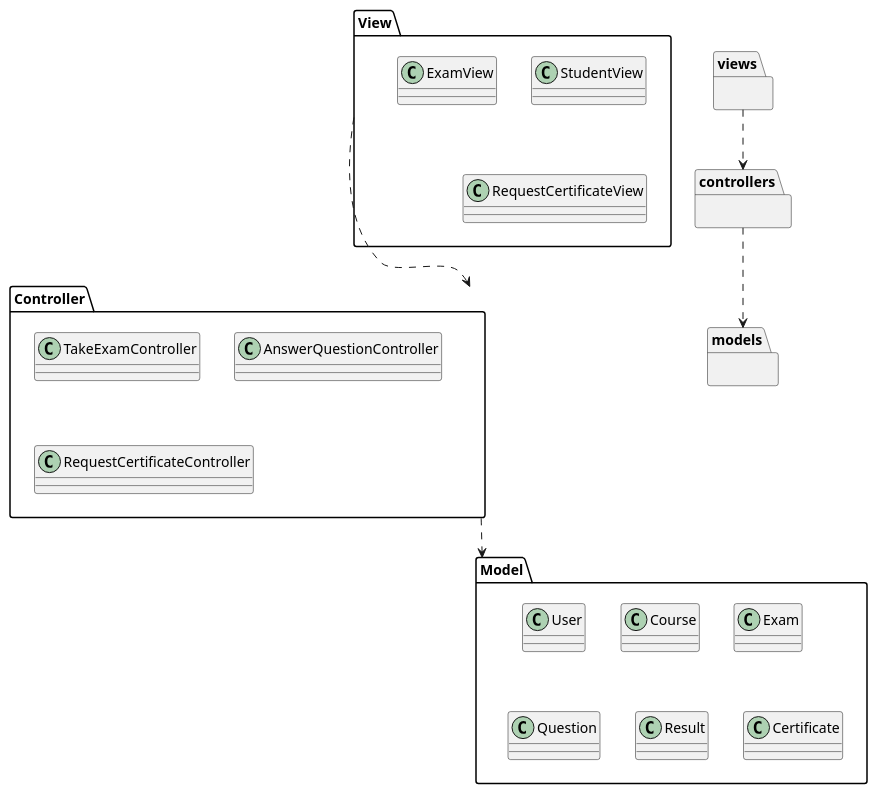
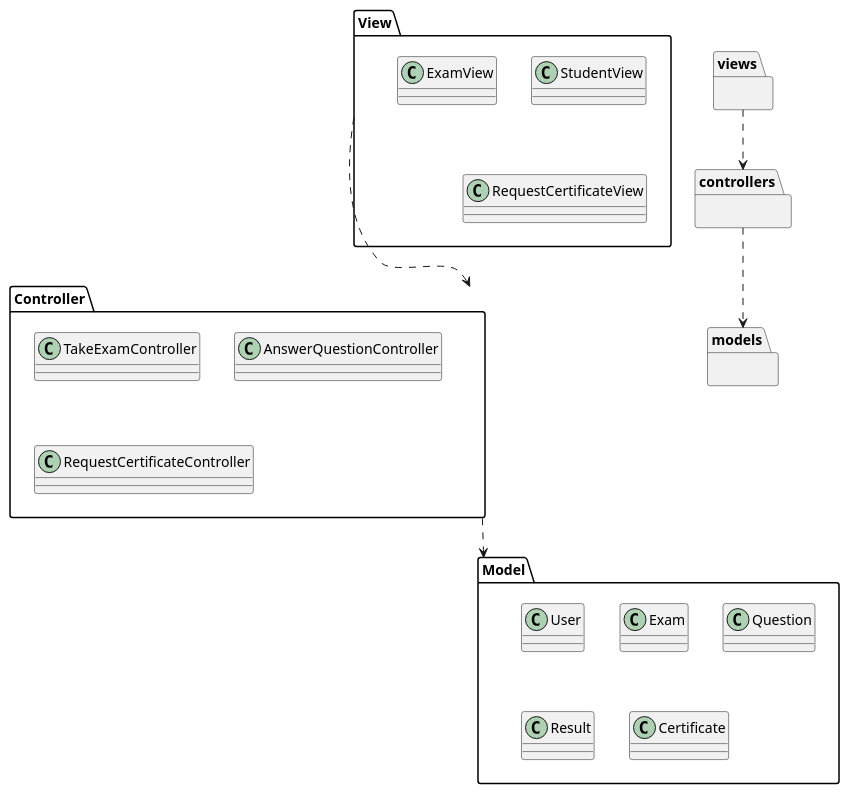
Before and after one commit to Carverz/IS-022023_Proyecto-Grupo-4: the diagram in docs/logicalView/analysisView/packageAnalisys/DiagramaDePaquetes.plantuml, drawn with PlantUML. The commit also changed 11 other files, not shown here.

Commit message:
Modificacion en diagramas

```diff
--- a/docs/logicalView/analysisView/packageAnalisys/DiagramaDePaquetes.plantuml
+++ b/docs/logicalView/analysisView/packageAnalisys/DiagramaDePaquetes.plantuml
@@ -1,34 +1,33 @@
 @startuml DiagramaPaquetes
 
 package views{}
 package controllers{}
 package models{}
 
 views ..> controllers
 controllers ..> models
 
 package "View" as Vista {
 class StudentView
 class ExamView
 class RequestCertificateView
 }
 
 package "Controller" as Controlador {
 class TakeExamController
 class AnswerQuestionController
 class RequestCertificateController
 }
 
 package "Model" as Modelo {
 class User
-class Course
 class Exam
 class Question
 class Result
 class Certificate
 }
 
 Vista ...> Controlador
 Controlador ...> Modelo
 
 @enduml
```
